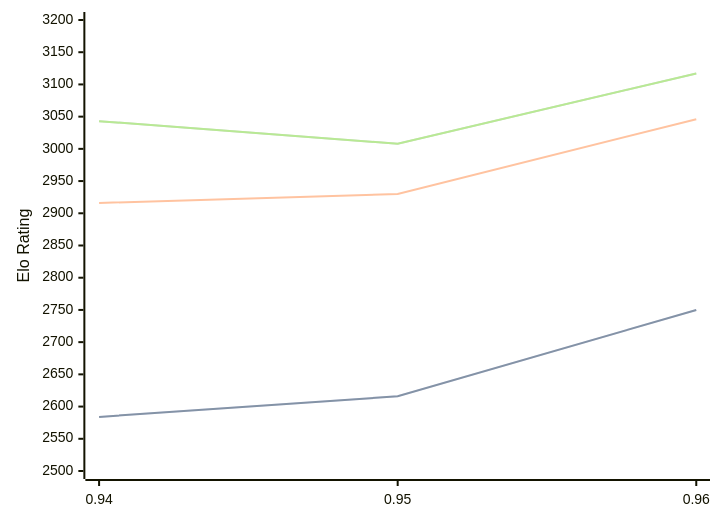
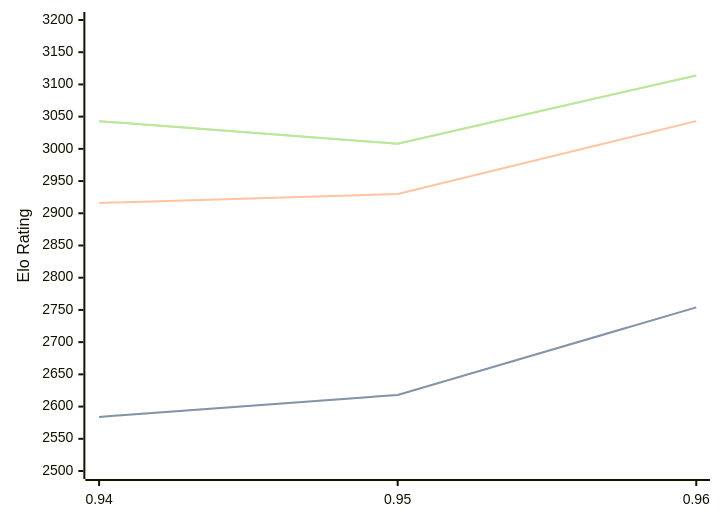
The first of 3 diagrams in engines/Myrddin.md (computer-chess-index/cci), drawn with Mermaid before and after one commit. The commit also changed other lines of this file, not shown here.

Commit message:
Update CCI Ratings (ELO VLTC) - 2026-06-20

````diff
--- a/engines/Myrddin.md
+++ b/engines/Myrddin.md
@@ -38,11 +38,11 @@
 ```mermaid
 %%{init: {"theme":"base","themeVariables":{"seriesColors:['#a3a3a3','#222221','#faa371']}}}%%
 xychart-beta
   x-axis ["0.94", "0.95", "0.96"]
   y-axis "Elo Rating" 2500 --> 3200
-  line "STC (8.0+0.08s)" [2584, 2616, 2750]
-  line "STC (8.0+0.08s)" [2584, 2616, 2750]
-  line "LTC (60.0+0.60s)" [2916, 2930, 3046]
-  line "VLTC (2m24s+1.12s)" [3043, 3008, 3117]
-  line "VLTC (2m24s+1.12s)" [3043, 3008, 3117]
+  line "STC (8.0+0.08s)" [2584, 2618, 2754]
+  line "STC (8.0+0.08s)" [2584, 2618, 2754]
+  line "LTC (60.0+0.60s)" [2916, 2930, 3043]
+  line "VLTC (2m24s+1.12s)" [3043, 3008, 3114]
+  line "VLTC (2m24s+1.12s)" [3043, 3008, 3114]
 ```
````
